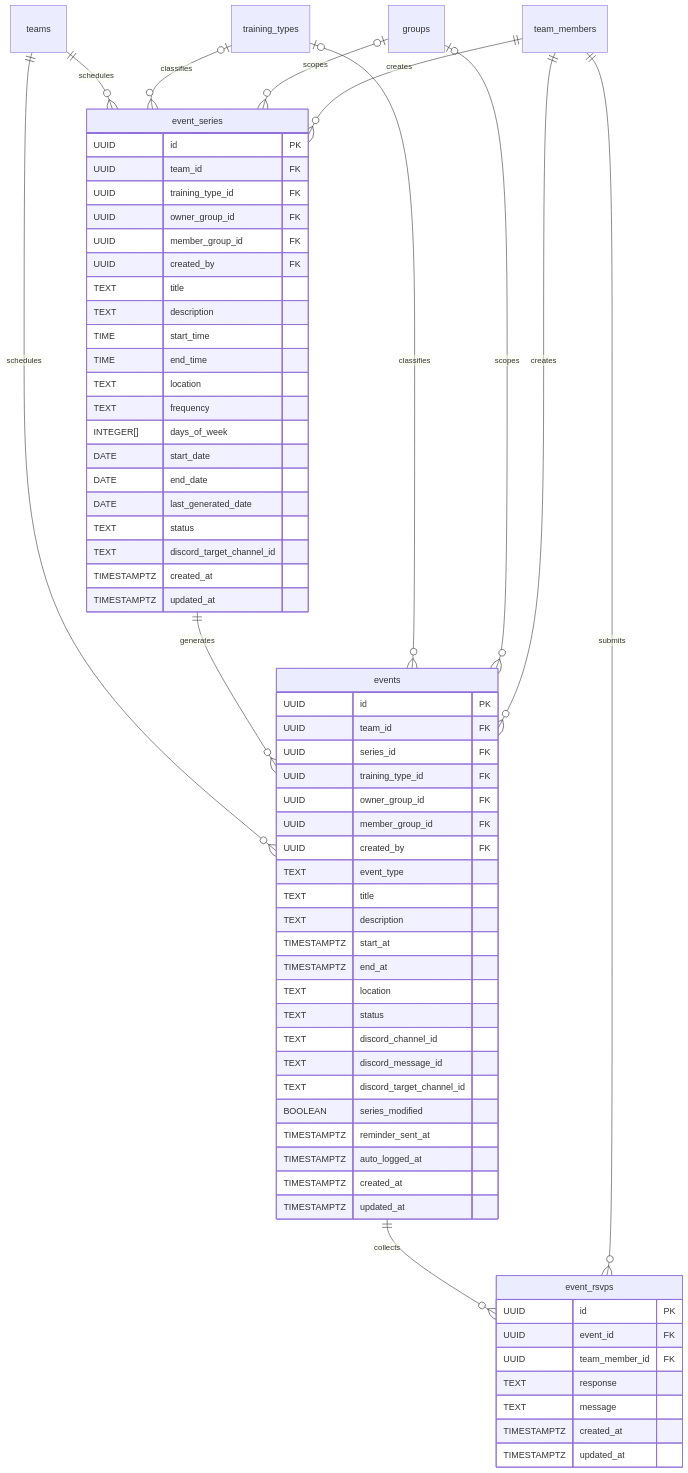
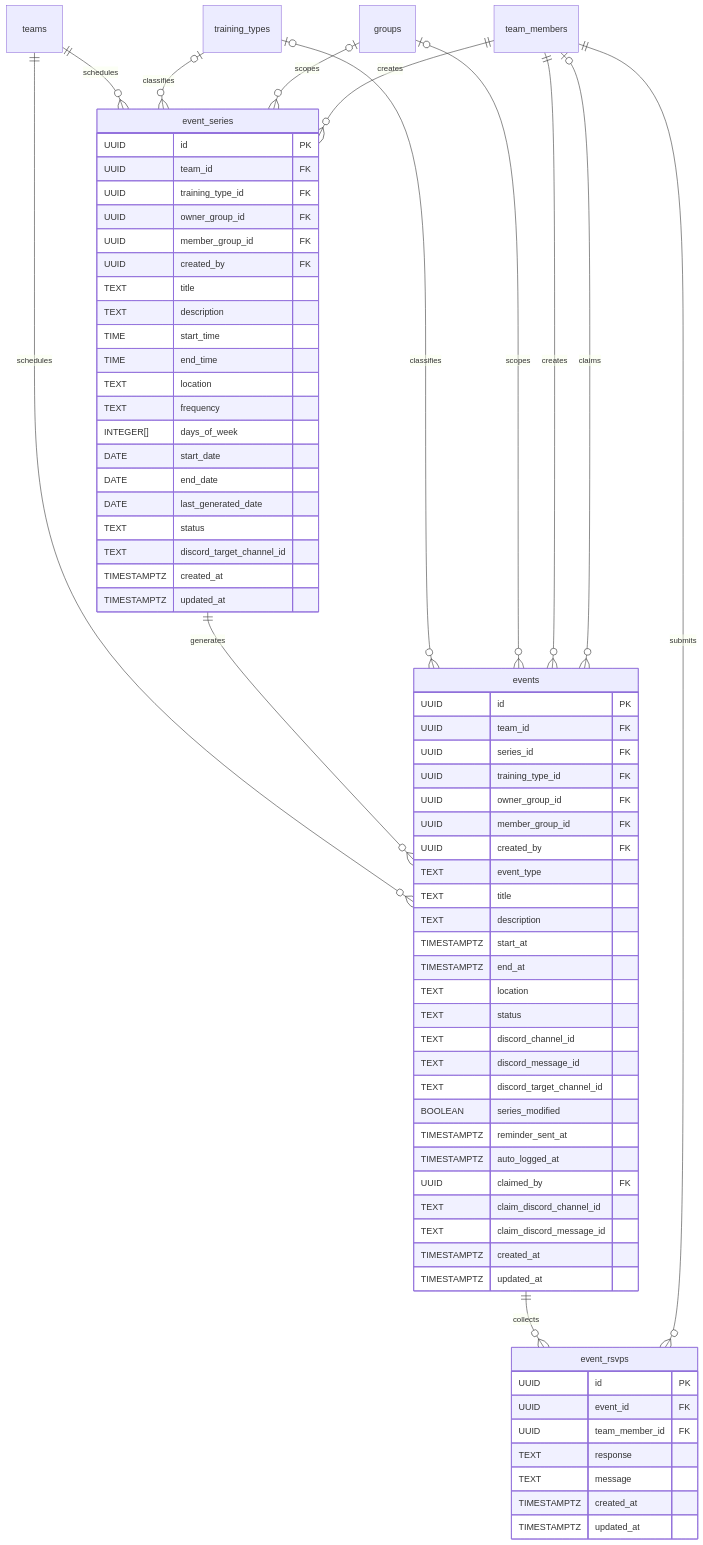
The seventh of 12 diagrams in docs/thesis/er-diagram.md (maxa-ondrej/sideline), drawn with Mermaid before and after one commit. The commit also changed other lines of this file and 38 other files, not shown here.

````diff
--- a/docs/thesis/er-diagram.md
+++ b/docs/thesis/er-diagram.md
@@ -335,72 +336,76 @@
 ```mermaid
 erDiagram
     events {
         UUID id PK
         UUID team_id FK
         UUID series_id FK
         UUID training_type_id FK
         UUID owner_group_id FK
         UUID member_group_id FK
         UUID created_by FK
         TEXT event_type
         TEXT title
         TEXT description
         TIMESTAMPTZ start_at
         TIMESTAMPTZ end_at
         TEXT location
         TEXT status
         TEXT discord_channel_id
         TEXT discord_message_id
         TEXT discord_target_channel_id
         BOOLEAN series_modified
         TIMESTAMPTZ reminder_sent_at
         TIMESTAMPTZ auto_logged_at
+        UUID claimed_by FK
+        TEXT claim_discord_channel_id
+        TEXT claim_discord_message_id
         TIMESTAMPTZ created_at
         TIMESTAMPTZ updated_at
     }
 
     event_series {
         UUID id PK
         UUID team_id FK
         UUID training_type_id FK
         UUID owner_group_id FK
         UUID member_group_id FK
         UUID created_by FK
         TEXT title
         TEXT description
         TIME start_time
         TIME end_time
         TEXT location
         TEXT frequency
         INTEGER[] days_of_week
         DATE start_date
         DATE end_date
         DATE last_generated_date
         TEXT status
         TEXT discord_target_channel_id
         TIMESTAMPTZ created_at
         TIMESTAMPTZ updated_at
     }
 
     event_rsvps {
         UUID id PK
         UUID event_id FK
         UUID team_member_id FK
         TEXT response
         TEXT message
         TIMESTAMPTZ created_at
         TIMESTAMPTZ updated_at
     }
 
     teams ||--o{ events : "schedules"
     teams ||--o{ event_series : "schedules"
     event_series ||--o{ events : "generates"
     training_types o|--o{ events : "classifies"
     training_types o|--o{ event_series : "classifies"
     groups o|--o{ events : "scopes"
     groups o|--o{ event_series : "scopes"
     team_members ||--o{ events : "creates"
     team_members ||--o{ event_series : "creates"
+    team_members o|--o{ events : "claims"
     events ||--o{ event_rsvps : "collects"
     team_members ||--o{ event_rsvps : "submits"
 ```
````
